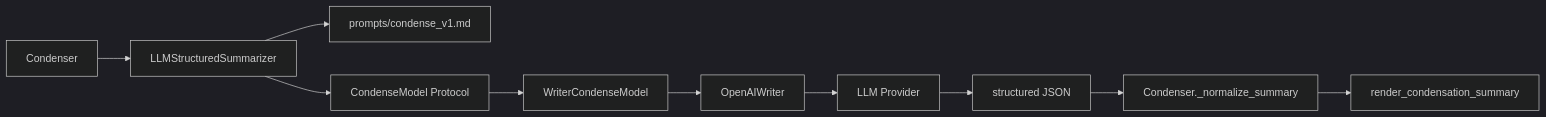
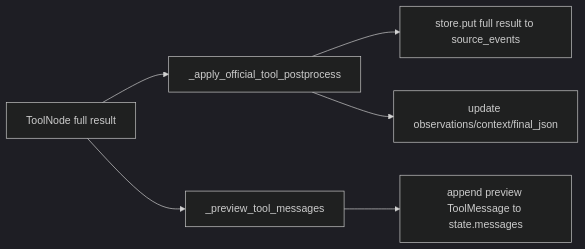
Before and after one commit to hellolml/smart-eats-ai-bakend: the fourth of 5 diagrams in CONTEXT_ENGINE_LEARNING_GUIDE.md, drawn with Mermaid (dark theme). The commit also changed other lines of this file and 46 other files, not shown here.

````diff
--- a/CONTEXT_ENGINE_LEARNING_GUIDE.md
+++ b/CONTEXT_ENGINE_LEARNING_GUIDE.md
@@ -474,12 +277,8 @@
 ```mermaid
 flowchart LR
-    Condenser["Condenser"] --> Summarizer["LLMStructuredSummarizer"]
-    Summarizer --> Prompt["prompts/condense_v1.md"]
-    Summarizer --> Model["CondenseModel Protocol"]
-    Model --> WriterModel["WriterCondenseModel"]
-    WriterModel --> OpenAIWriter["OpenAIWriter"]
-    OpenAIWriter --> LLM["LLM Provider"]
-    LLM --> JSON["structured JSON"]
-    JSON --> Normalize["Condenser._normalize_summary"]
-    Normalize --> Renderer["render_condensation_summary"]
+    ToolNode["ToolNode full result"] --> Postprocess["_apply_official_tool_postprocess"]
+    ToolNode --> Preview["_preview_tool_messages"]
+    Postprocess --> SourceStore["store.put full result to source_events"]
+    Postprocess --> BusinessState["update observations/context/final_json"]
+    Preview --> Messages["append preview ToolMessage to state.messages"]
 ```
````
